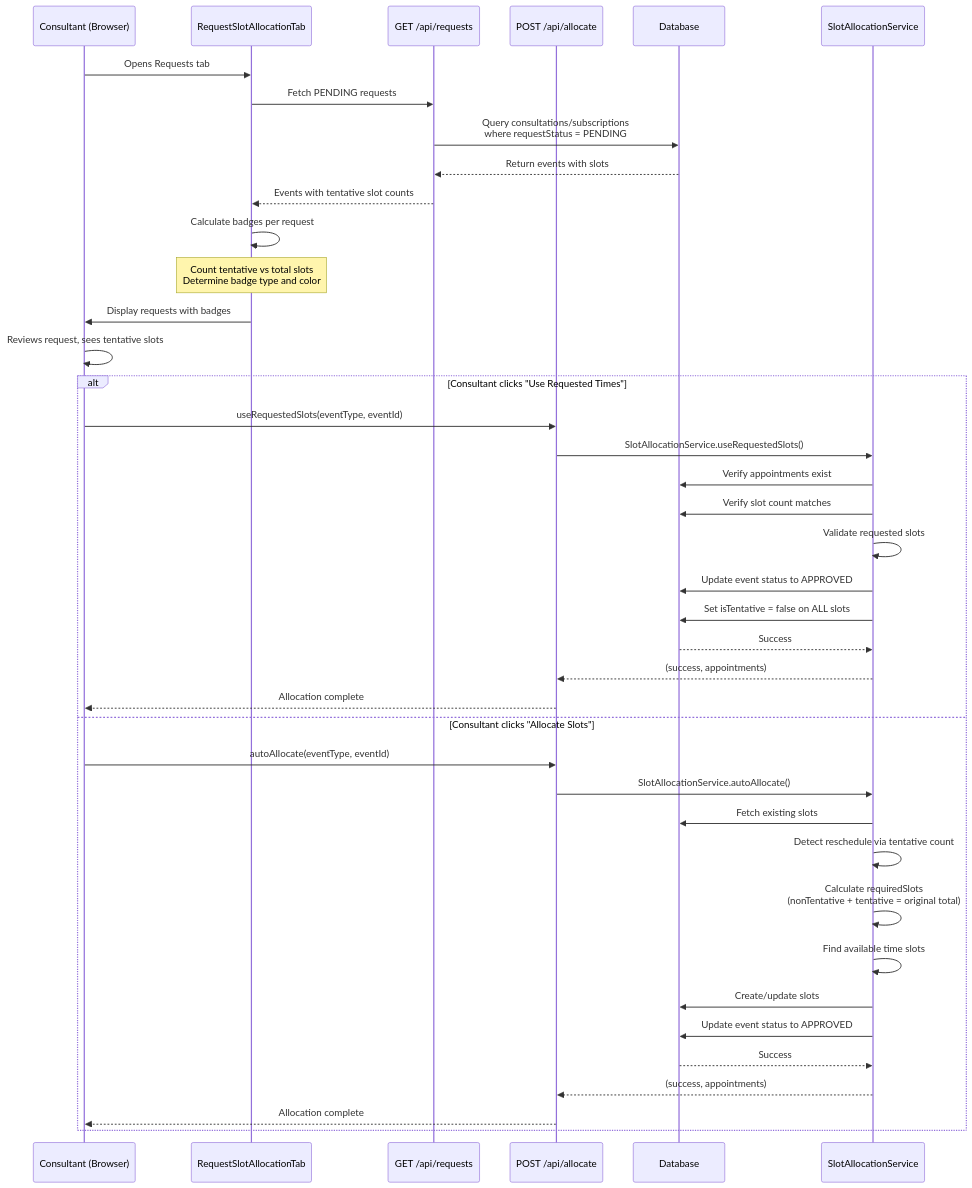
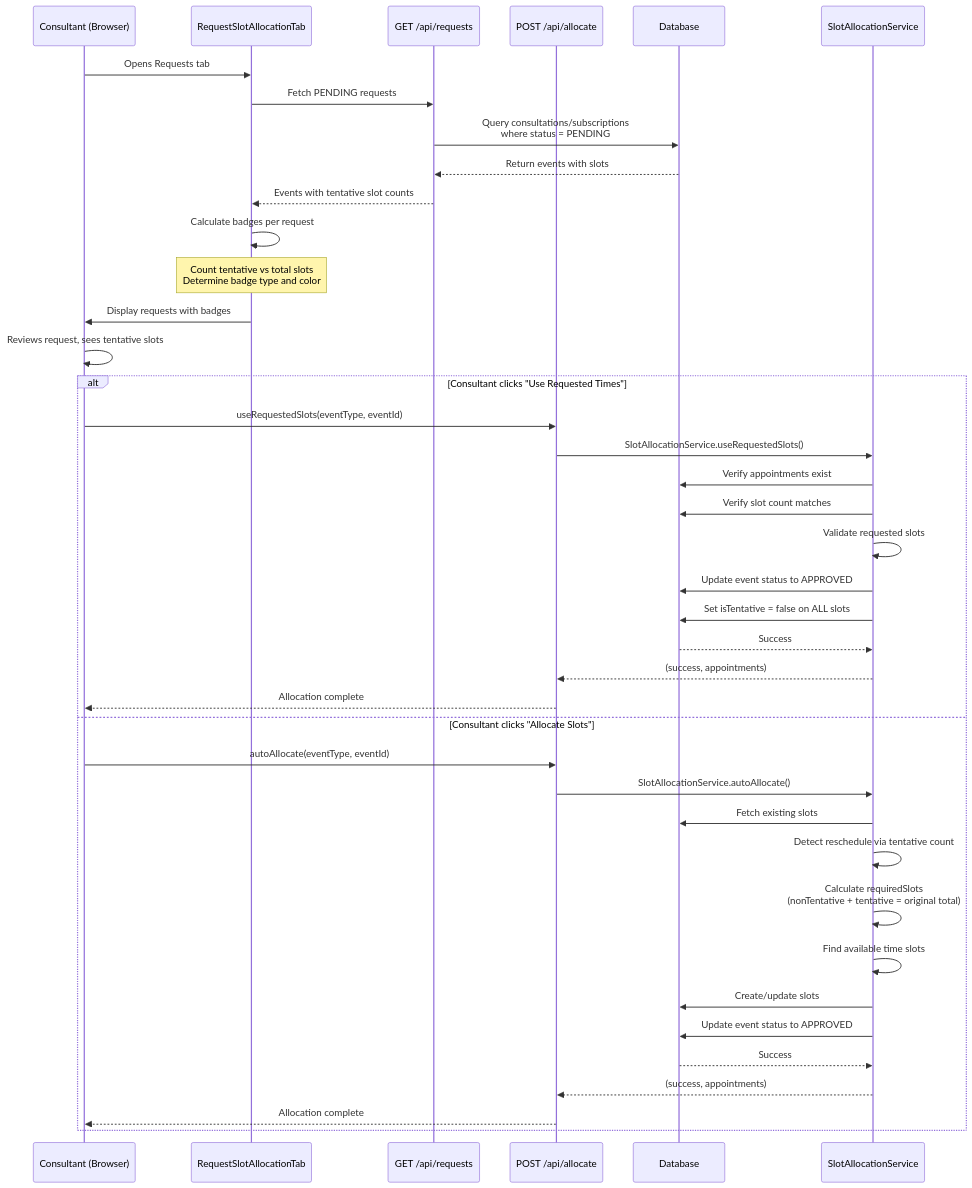
Before and after one commit to Practitionist/familiarise_web: the third of 10 diagrams in docs/booking/07-rescheduling-flow.md, drawn with Mermaid. The commit also changed other lines of this file and 56 other files, not shown here.

````diff
--- a/docs/booking/07-rescheduling-flow.md
+++ b/docs/booking/07-rescheduling-flow.md
@@ -267,47 +267,47 @@
 ```mermaid
 sequenceDiagram
     participant Con as Consultant (Browser)
     participant Tab as RequestSlotAllocationTab
     participant API_List as GET /api/requests
     participant API_Alloc as POST /api/allocate
     participant DB as Database
     participant Service as SlotAllocationService
 
     Con->>Tab: Opens Requests tab
     Tab->>API_List: Fetch PENDING requests
-    API_List->>DB: Query consultations/subscriptions<br/>where requestStatus = PENDING
+    API_List->>DB: Query consultations/subscriptions<br/>where status = PENDING
     DB-->>API_List: Return events with slots
     API_List-->>Tab: Events with tentative slot counts
 
     Tab->>Tab: Calculate badges per request
     Note over Tab: Count tentative vs total slots<br/>Determine badge type and color
 
     Tab->>Con: Display requests with badges
 
     Con->>Con: Reviews request, sees tentative slots
 
     alt Consultant clicks "Use Requested Times"
         Con->>API_Alloc: useRequestedSlots(eventType, eventId)
         API_Alloc->>Service: SlotAllocationService.useRequestedSlots()
         Service->>DB: Verify appointments exist
         Service->>DB: Verify slot count matches
         Service->>Service: Validate requested slots
         Service->>DB: Update event status to APPROVED
         Service->>DB: Set isTentative = false on ALL slots
         DB-->>Service: Success
         Service-->>API_Alloc: (success, appointments)
         API_Alloc-->>Con: Allocation complete
     else Consultant clicks "Allocate Slots"
         Con->>API_Alloc: autoAllocate(eventType, eventId)
         API_Alloc->>Service: SlotAllocationService.autoAllocate()
         Service->>DB: Fetch existing slots
         Service->>Service: Detect reschedule via tentative count
         Service->>Service: Calculate requiredSlots<br/>(nonTentative + tentative = original total)
         Service->>Service: Find available time slots
         Service->>DB: Create/update slots
         Service->>DB: Update event status to APPROVED
         DB-->>Service: Success
         Service-->>API_Alloc: (success, appointments)
         API_Alloc-->>Con: Allocation complete
     end
 ```
````
